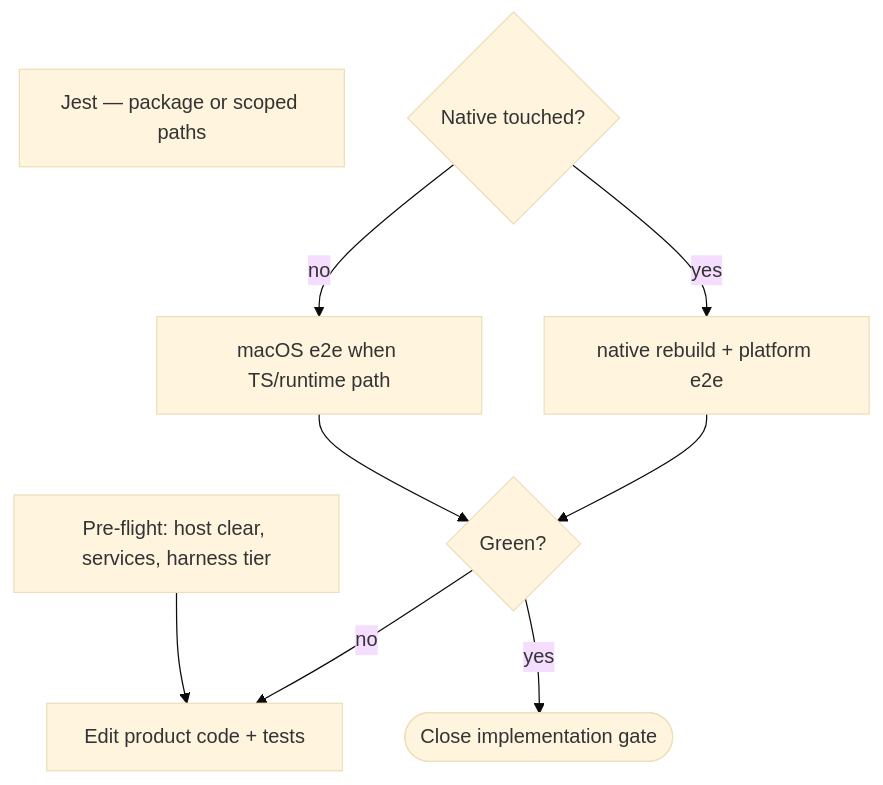
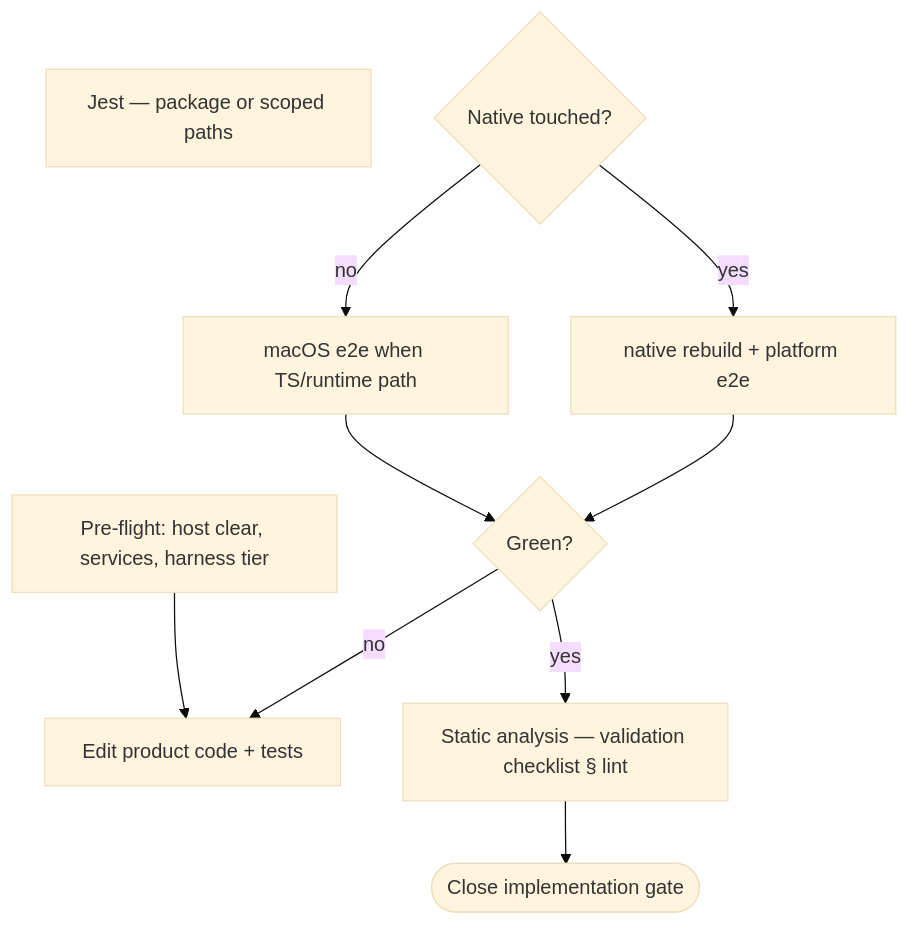
One commit to invertase/react-native-firebase changed the third of 3 diagrams in okf-bundle/testing/change-authoring-workflow.md. Above: the diagram before and after it, drawn with Mermaid (base theme). The commit also changed other lines of this file and 5 other files, not shown here.

````diff
--- a/okf-bundle/testing/change-authoring-workflow.md
+++ b/okf-bundle/testing/change-authoring-workflow.md
@@ -127,14 +127,15 @@
 ```mermaid
 flowchart TD
   P0[Pre-flight: host clear, services, harness tier]
   P1[Edit product code + tests]
   P2[Jest — package or scoped paths]
   P3{Native touched?}
   P3 -->|no| P4[macOS e2e when TS/runtime path]
   P3 -->|yes| P5["native rebuild + platform e2e"]
   P4 --> P6{Green?}
   P5 --> P6
   P6 -->|no| P1
-  P6 -->|yes| DONE([Close implementation gate])
+  P6 -->|yes| STATIC[Static analysis — validation checklist § lint]
+  STATIC --> DONE([Close implementation gate])
   P0 --> P1
 ```
````
